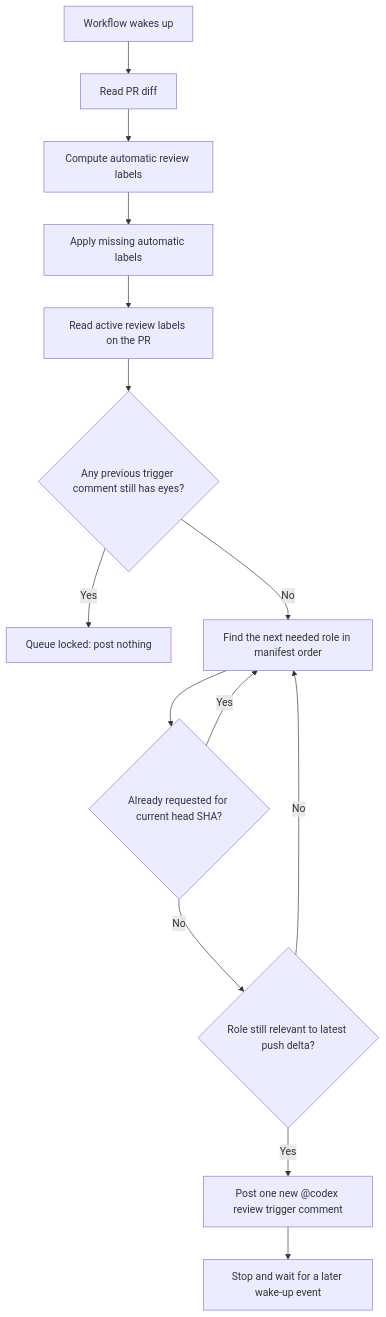
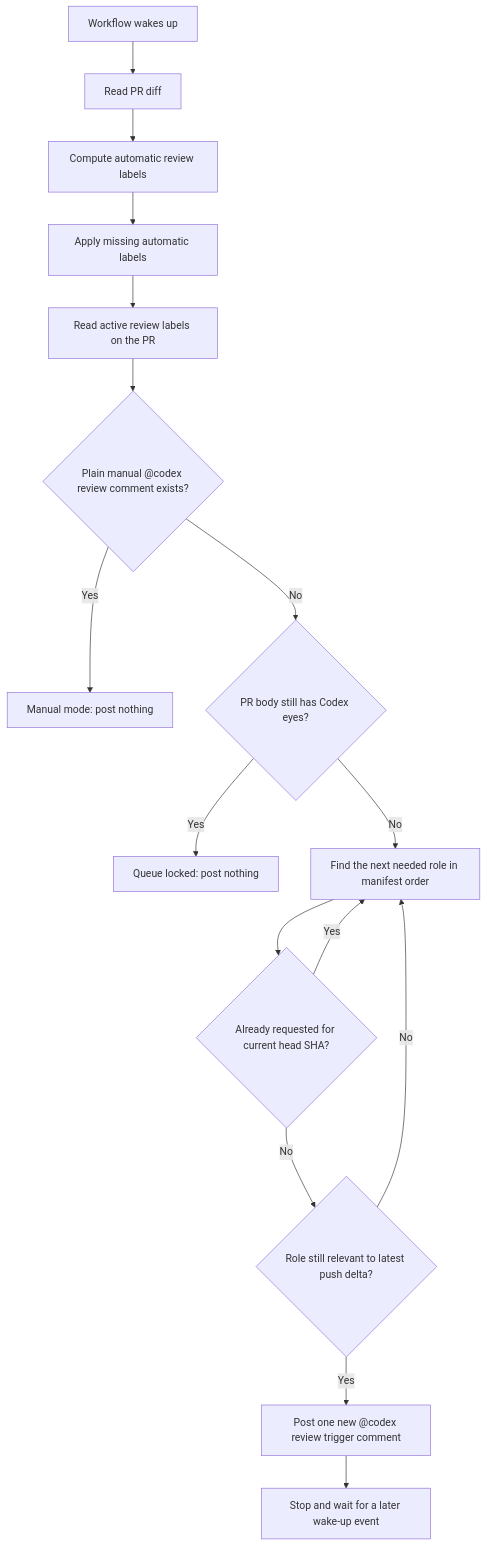
One commit to jaharris87/fTimer changed the first of 3 diagrams in docs/workflows/codex-review-flow.md. Above: the diagram before and after it, drawn with Mermaid. The commit also changed other lines of this file and 3 other files, not shown here.

Commit message:
honor manual codex review requests

````diff
--- a/docs/workflows/codex-review-flow.md
+++ b/docs/workflows/codex-review-flow.md
@@ -27,16 +28,18 @@
 ```mermaid
 flowchart TD
     A["Workflow wakes up"] --> B["Read PR diff"]
     B --> C["Compute automatic review labels"]
     C --> D["Apply missing automatic labels"]
     D --> E["Read active review labels on the PR"]
-    E --> F{"Any previous trigger comment still has eyes?"}
-    F -->|"Yes"| G["Queue locked: post nothing"]
-    F -->|"No"| H["Find the next needed role in manifest order"]
-    H --> I{"Already requested for current head SHA?"}
-    I -->|"Yes"| H
-    I -->|"No"| J{"Role still relevant to latest push delta?"}
-    J -->|"No"| H
-    J -->|"Yes"| K["Post one new @codex review trigger comment"]
-    K --> L["Stop and wait for a later wake-up event"]
+    E --> F{"Plain manual @codex review comment exists?"}
+    F -->|"Yes"| G["Manual mode: post nothing"]
+    F -->|"No"| H{"PR body still has Codex eyes?"}
+    H -->|"Yes"| I["Queue locked: post nothing"]
+    H -->|"No"| J["Find the next needed role in manifest order"]
+    J --> K{"Already requested for current head SHA?"}
+    K -->|"Yes"| J
+    K -->|"No"| L{"Role still relevant to latest push delta?"}
+    L -->|"No"| J
+    L -->|"Yes"| M["Post one new @codex review trigger comment"]
+    M --> N["Stop and wait for a later wake-up event"]
 ```
````
